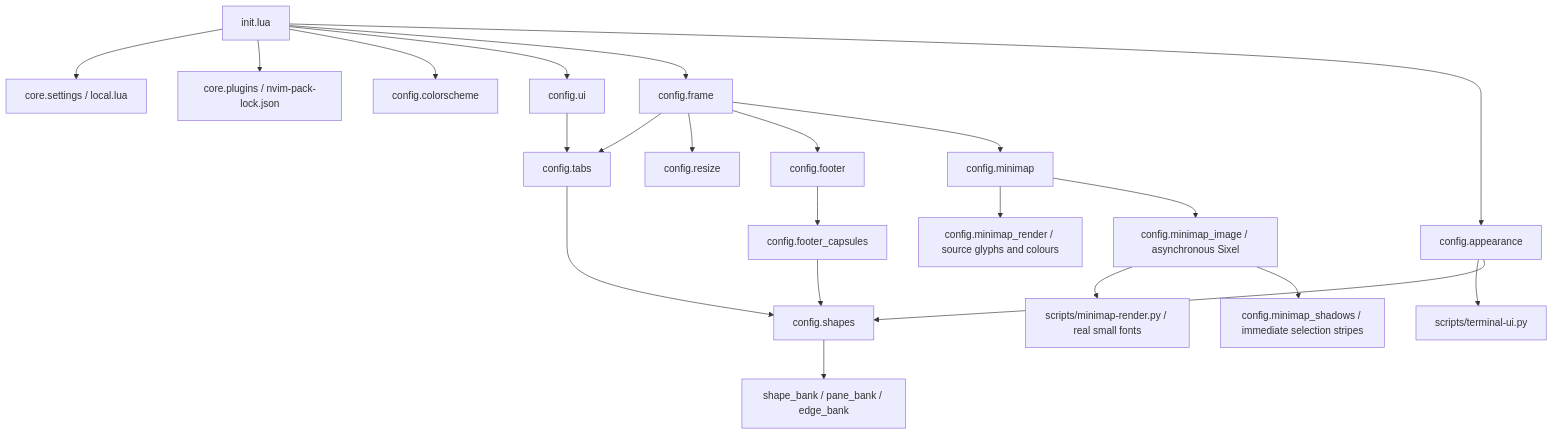
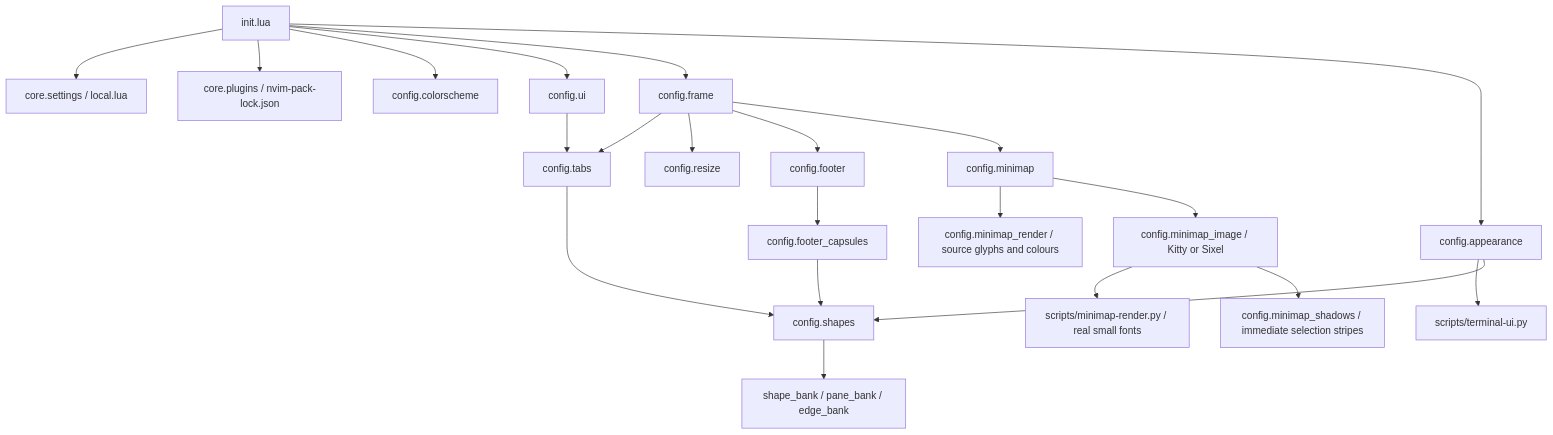
Before and after one commit to faneikuangtu12138/neovim-workbench: the diagram in docs/CONFIGURATION.md, drawn with Mermaid. The commit also changed other lines of this file and 39 other files, not shown here.

First line of the commit message:
Support Arch terminals with portable graphics and stable tab borders

````diff
--- a/docs/CONFIGURATION.md
+++ b/docs/CONFIGURATION.md
@@ -28,24 +29,24 @@
 ```mermaid
 flowchart TD
   Init[init.lua] --> Settings[core.settings / local.lua]
   Init --> Plugins[core.plugins / nvim-pack-lock.json]
   Init --> Theme[config.colorscheme]
   Init --> UI[config.ui]
   UI --> Tabs[config.tabs]
   Tabs --> Shapes[config.shapes]
   Shapes --> Banks[shape_bank / pane_bank / edge_bank]
   Init --> Frame[config.frame]
   Frame --> Tabs
   Frame --> Resize[config.resize]
   Frame --> Footer[config.footer]
   Frame --> Minimap[config.minimap]
   Minimap --> Glyphs[config.minimap_render / source glyphs and colours]
-  Minimap --> Image[config.minimap_image / asynchronous Sixel]
+  Minimap --> Image[config.minimap_image / Kitty or Sixel]
   Image --> Pixels[scripts/minimap-render.py / real small fonts]
   Image --> Shadows[config.minimap_shadows / immediate selection stripes]
   Footer --> Capsules[config.footer_capsules]
   Capsules --> Shapes
   Init --> Appearance[config.appearance]
   Appearance --> Backend[scripts/terminal-ui.py]
   Appearance --> Shapes
 ```
````
